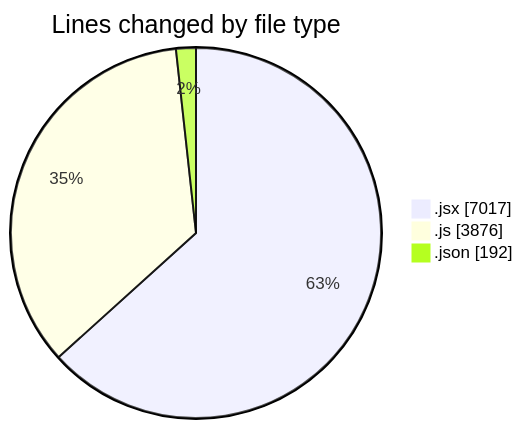
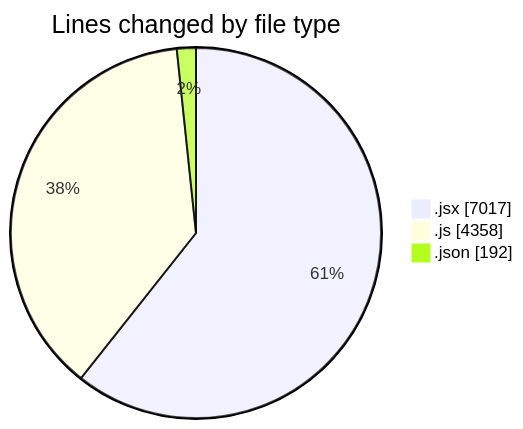
The first of 2 diagrams in 2025-08-06/nxtqube_webapp/README.md (nxtqubesakshisongat/code-tracking), drawn with Mermaid before and after one commit. The commit also changed other lines of this file and 1 other file, not shown here.

````diff
--- a/2025-08-06/nxtqube_webapp/README.md
+++ b/2025-08-06/nxtqube_webapp/README.md
@@ -31,7 +33,7 @@
 ```mermaid
 pie showData
 title Lines changed by file type
 ".jsx" : 7017
-".js" : 3876
+".js" : 4358
 ".json" : 192
 ```
````
